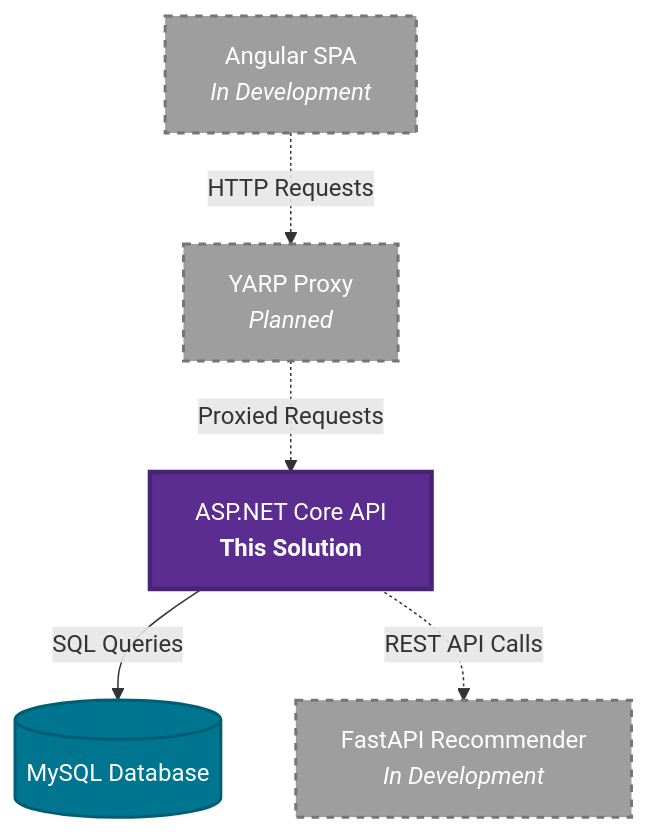
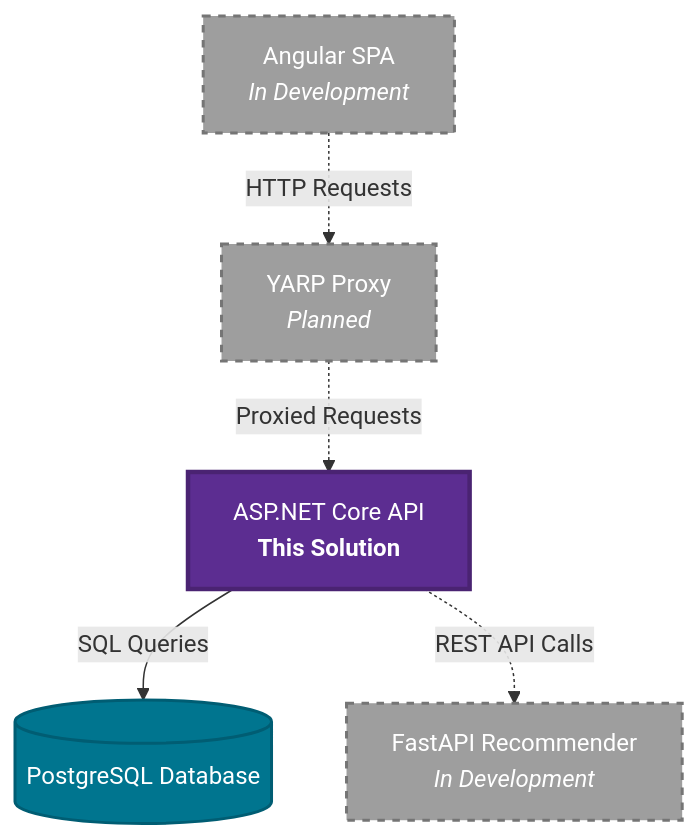
The first of 2 diagrams in README.md (jklzz02/Anime-Rest-API), drawn with Mermaid before and after one commit. The commit also changed other lines of this file and 9 other files, not shown here.

````diff
--- a/README.md
+++ b/README.md
@@ -17,25 +17,25 @@
 ```mermaid
 graph TB
     A[Angular SPA<br/><em>In Development</em>]
     B[YARP Proxy<br/><em>Planned</em>]
     C[ASP.NET Core API<br/><strong>This Solution</strong>]
     E[FastAPI Recommender<br/><em>In Development</em>]
-    D[(MySQL Database)]
+    D[(PostgreSQL Database)]
 
     %% Connections
     A -.->|HTTP Requests| B
     B -.->|Proxied Requests| C
     C -->|SQL Queries| D
     C -.->|REST API Calls| E
 
     %% Styling
     classDef planned fill:#9e9e9e,stroke:#757575,stroke-width:2px,color:#fff,stroke-dasharray: 5 5
     classDef backend fill:#5c2d91,stroke:#4a2372,stroke-width:3px,color:#fff
     classDef database fill:#00758f,stroke:#005d73,stroke-width:2px,color:#fff
 
     class A planned
     class B planned
     class C backend
     class E planned
     class D database
 ```
````
